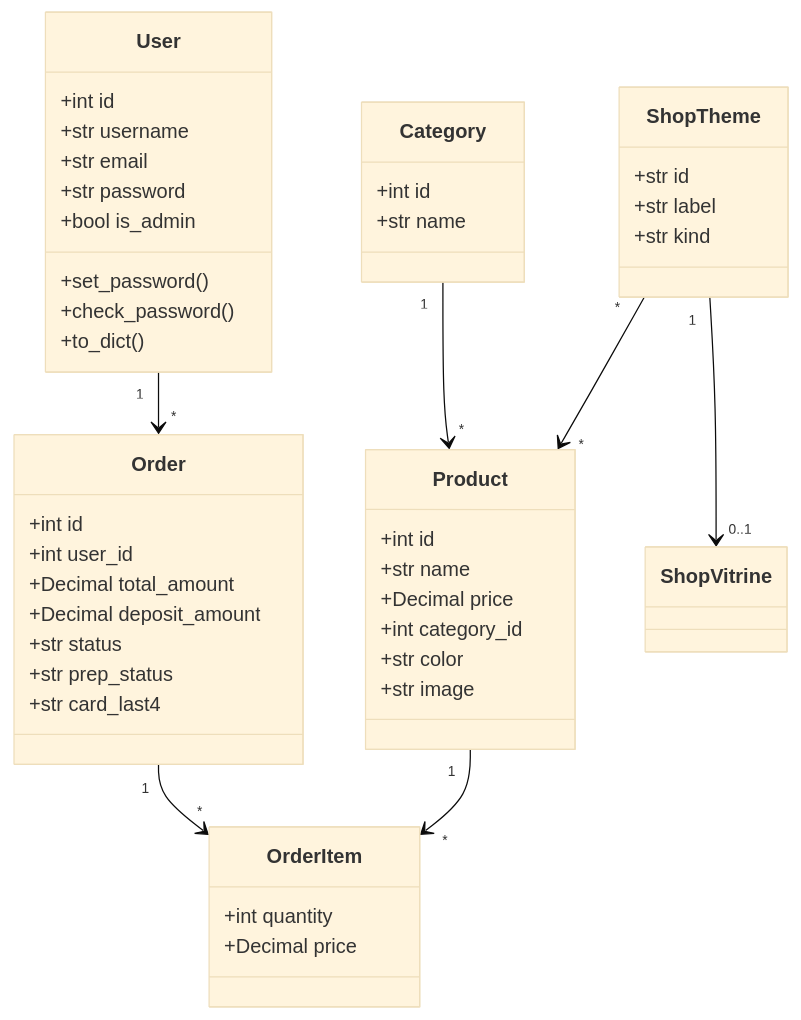
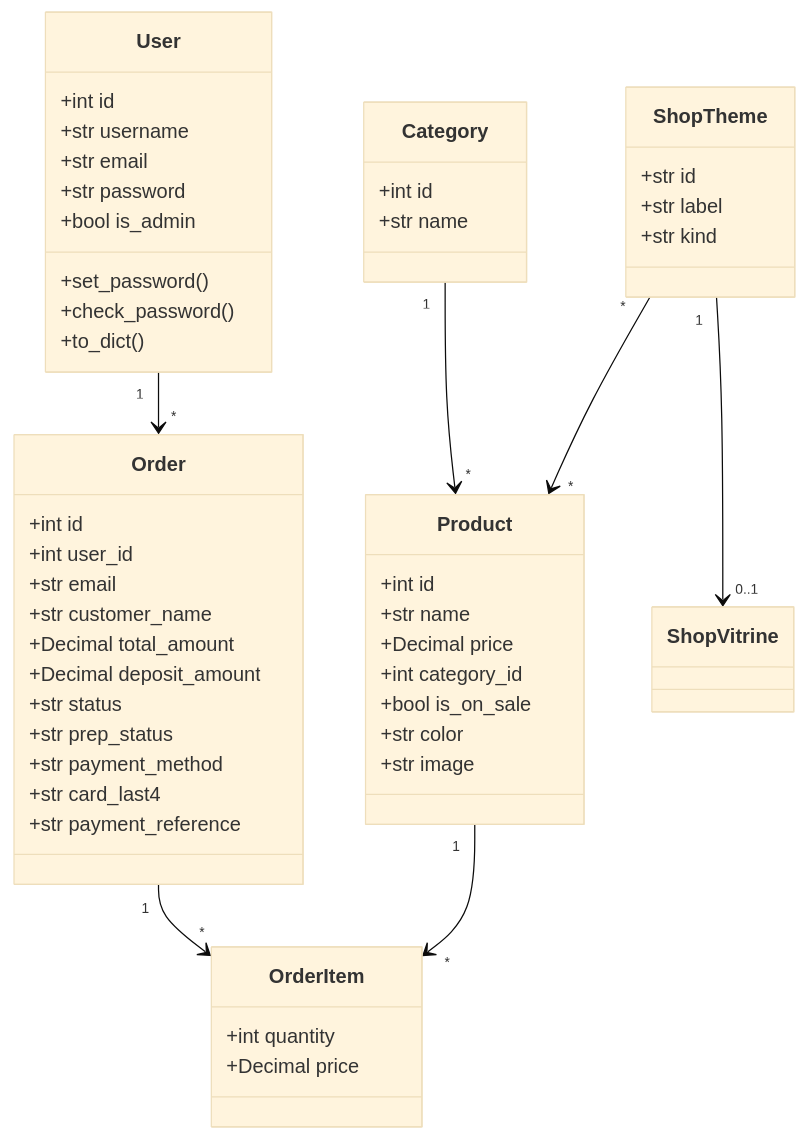
The second of 2 diagrams in README.md (Issercio/Demo-day), drawn with Mermaid (base theme) before and after one commit. The commit also changed other lines of this file and 3 other files, not shown here.

First line of the commit message:
Restore the original README and keep the mockup plus diagrams.

````diff
--- a/README.md
+++ b/README.md
@@ -272,49 +269,54 @@
 ```mermaid
 classDiagram
   class User {
     +int id
     +str username
     +str email
     +str password
     +bool is_admin
     +set_password()
     +check_password()
     +to_dict()
   }
   class Product {
     +int id
     +str name
     +Decimal price
     +int category_id
+    +bool is_on_sale
     +str color
     +str image
   }
   class Category {
     +int id
     +str name
   }
   class Order {
     +int id
     +int user_id
+    +str email
+    +str customer_name
     +Decimal total_amount
     +Decimal deposit_amount
     +str status
     +str prep_status
+    +str payment_method
     +str card_last4
+    +str payment_reference
   }
   class OrderItem {
     +int quantity
     +Decimal price
   }
   class ShopTheme {
     +str id
     +str label
     +str kind
   }
   User "1" --> "*" Order
   Category "1" --> "*" Product
   Order "1" --> "*" OrderItem
   Product "1" --> "*" OrderItem
   ShopTheme "*" --> "*" Product
   ShopTheme "1" --> "0..1" ShopVitrine
 ```
````
